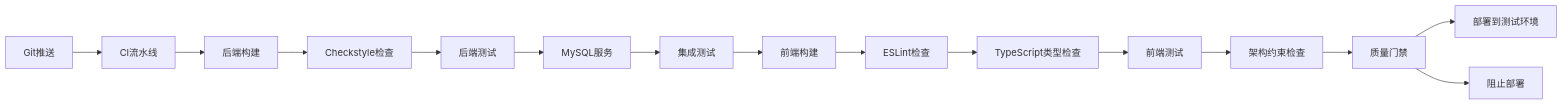
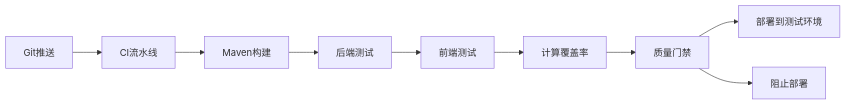
Before and after one commit to gree-coder/fund-butler: diagram 17 of 18 in .qoder/repowiki/zh/content/核心功能开发/测试策略.md, drawn with Mermaid. The commit also changed other lines of this file and 21 other files, not shown here.

````diff
--- a/.qoder/repowiki/zh/content/核心功能开发/测试策略.md
+++ b/.qoder/repowiki/zh/content/核心功能开发/测试策略.md
@@ -846,17 +597,11 @@
 ```mermaid
 flowchart LR
 GitPush[Git推送] --> CI[CI流水线]
-CI --> BackendBuild[后端构建]
-BackendBuild --> Checkstyle[Checkstyle检查]
-Checkstyle --> BackendTest[后端测试]
-BackendTest --> MySQLService[MySQL服务]
-MySQLService --> IntegrationTest[集成测试]
-IntegrationTest --> FrontendBuild[前端构建]
-FrontendBuild --> ESLint[ESLint检查]
-ESLint --> TypeCheck[TypeScript类型检查]
-TypeCheck --> FrontendTest[前端测试]
-FrontendTest --> ArchitectureCheck[架构约束检查]
-ArchitectureCheck --> QualityGate[质量门禁]
+CI --> Build[Maven构建]
+Build --> BackendTest[后端测试]
+BackendTest --> FrontendTest[前端测试]
+FrontendTest --> Coverage[计算覆盖率]
+Coverage --> QualityGate[质量门禁]
 QualityGate --> Deploy[部署到测试环境]
 QualityGate --> Block[阻止部署]
 ```
````
